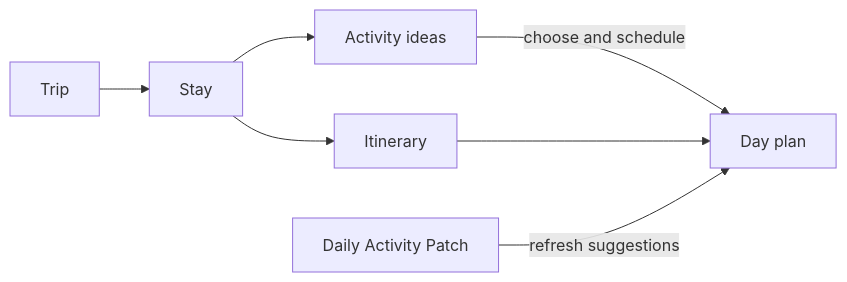
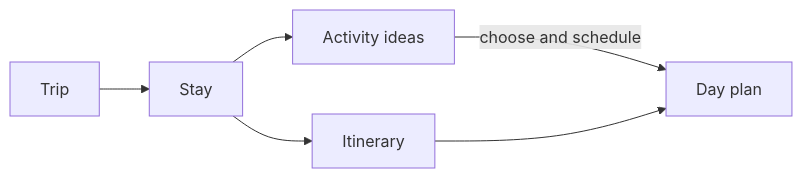
Before and after one commit to Tshort76/traveler: the first of 2 diagrams in README.md, drawn with Mermaid. The commit also changed other lines of this file, not shown here.

Commit message:
Present Day as a concept and patches as workflow files

````diff
--- a/README.md
+++ b/README.md
@@ -15,9 +15,8 @@
 ```mermaid
 flowchart LR
     Trip --> Stay
     Stay --> Ideas[Activity ideas]
     Stay --> Itinerary
     Ideas -->|choose and schedule| Day[Day plan]
     Itinerary --> Day
-    Patch[Daily Activity Patch] -->|refresh suggestions| Day
 ```
````
